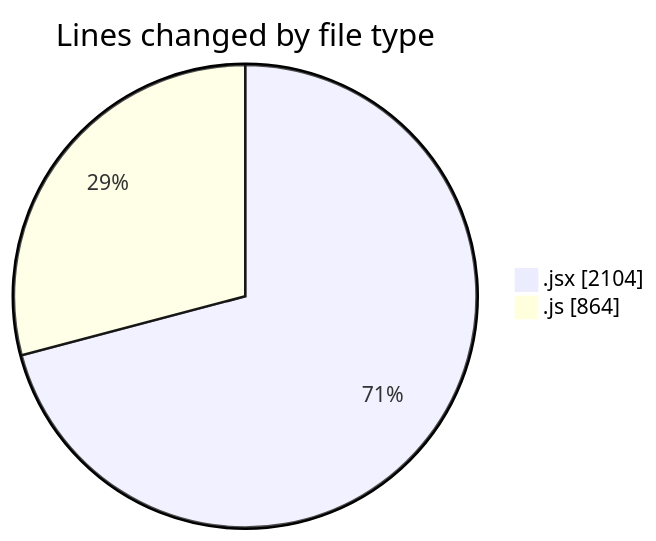
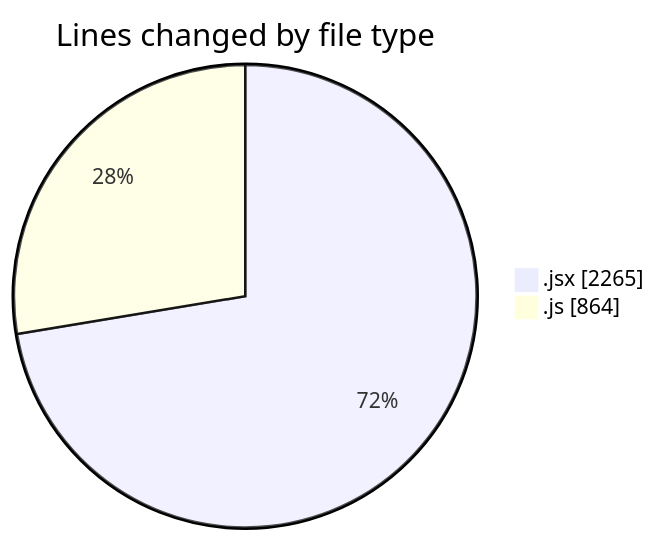
One commit to nxtqubesakshisongat/code-tracking changed the first of 2 diagrams in 2025-11-21/nxtqube_webapp/README.md. Above: the diagram before and after it, drawn with Mermaid. The commit also changed other lines of this file and 1 other file, not shown here.

````diff
--- a/2025-11-21/nxtqube_webapp/README.md
+++ b/2025-11-21/nxtqube_webapp/README.md
@@ -28,6 +28,6 @@
 ```mermaid
 pie showData
 title Lines changed by file type
-".jsx" : 2104
+".jsx" : 2265
 ".js" : 864
 ```
````
